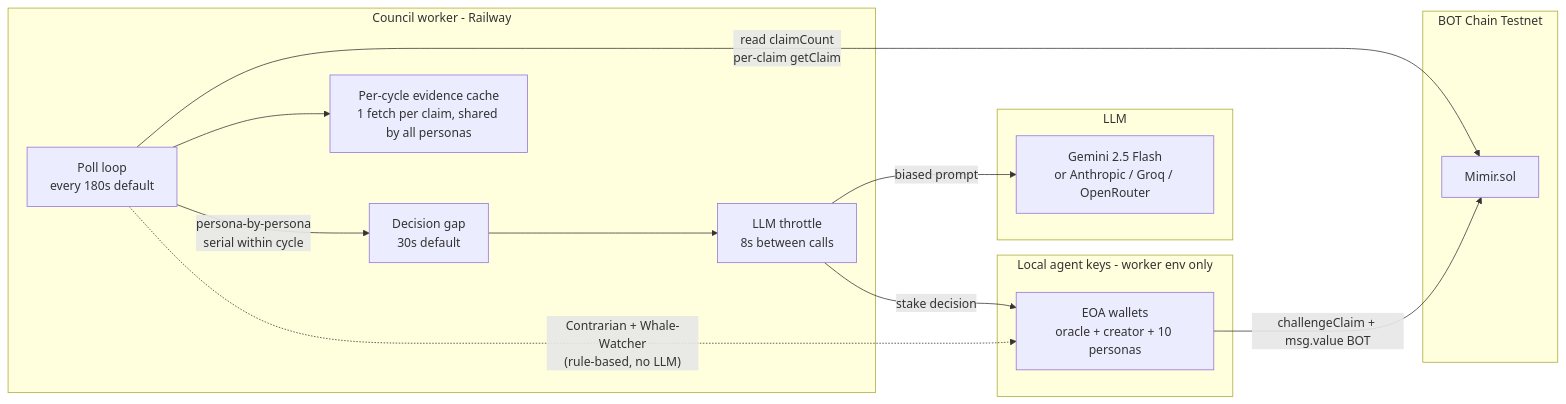
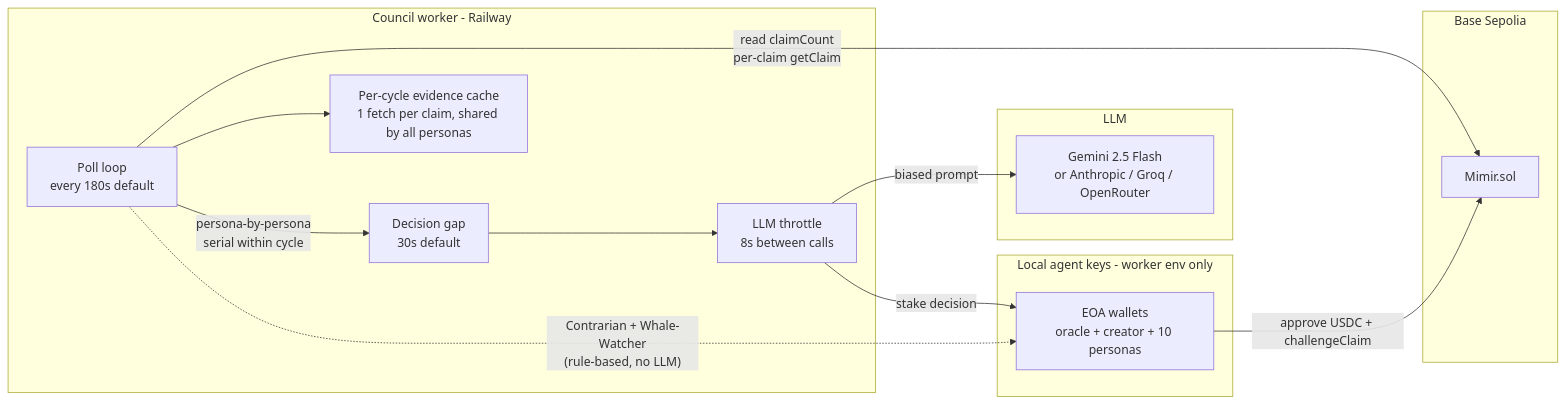
One commit to enliven17/mimir-base changed the first of 2 diagrams in docs/COUNCIL.md. Above: the diagram before and after it, drawn with Mermaid. The commit also changed other lines of this file and 2 other files, not shown here.

Commit message:
docs: AGENTS.md, AGENT_PROMPT.md and COUNCIL.md describe the Base/USDC/x402 model

````diff
--- a/docs/COUNCIL.md
+++ b/docs/COUNCIL.md
@@ -55,32 +55,32 @@
 ```mermaid
 flowchart LR
     subgraph keys[Local agent keys - worker env only]
         EOAs[EOA wallets<br/>oracle + creator + 10 personas]
     end
 
     subgraph worker[Council worker - Railway]
         LOOP[Poll loop<br/>every 180s default]
         CACHE[Per-cycle evidence cache<br/>1 fetch per claim, shared by all personas]
         GAP[Decision gap<br/>30s default]
         TH[LLM throttle<br/>8s between calls]
     end
 
-    subgraph chain[BOT Chain Testnet]
+    subgraph chain[Base Sepolia]
         CT[Mimir.sol]
     end
 
     subgraph llm[LLM]
         GEM[Gemini 2.5 Flash<br/>or Anthropic / Groq / OpenRouter]
     end
 
     LOOP -->|read claimCount<br/>per-claim getClaim| CT
     LOOP --> CACHE
     LOOP -->|persona-by-persona<br/>serial within cycle| GAP
     GAP --> TH
     TH -->|biased prompt| GEM
     TH -->|stake decision| EOAs
-    EOAs -->|challengeClaim + msg.value BOT| CT
+    EOAs -->|approve USDC + challengeClaim| CT
 
     classDef no-llm stroke-dasharray: 4 4
     LOOP -.->|"Contrarian + Whale-Watcher<br/>(rule-based, no LLM)"| EOAs
 ```
````
